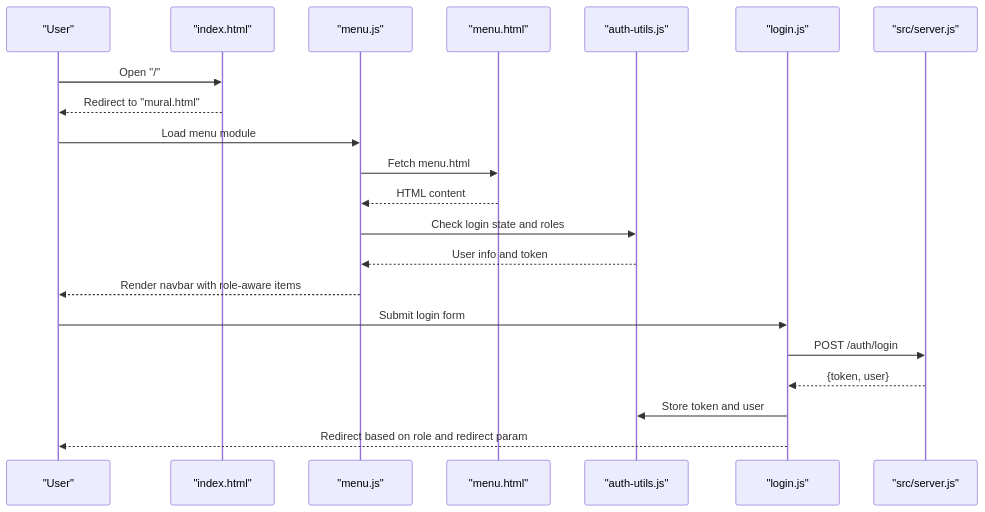
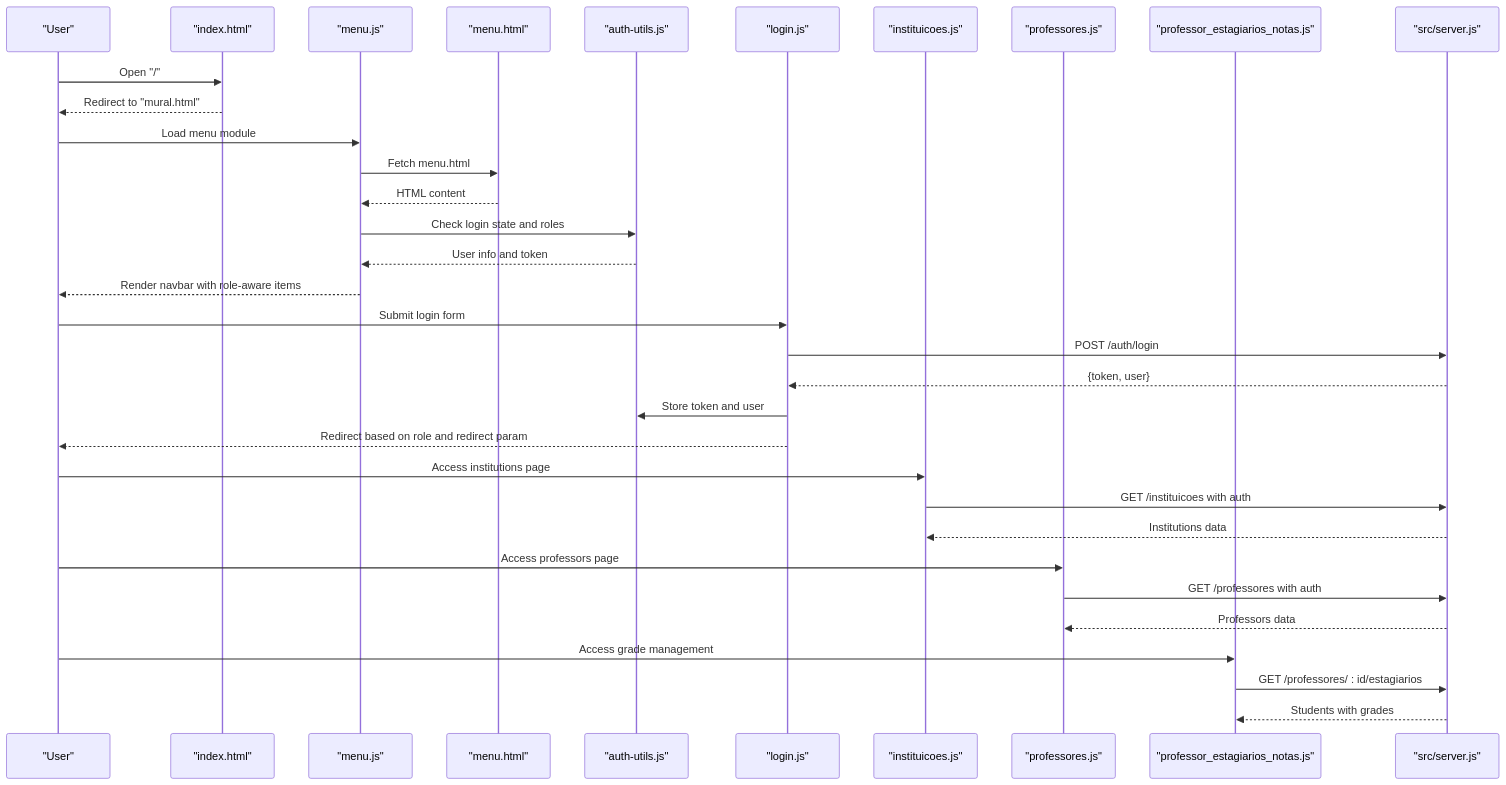
One commit to luiseduacosta/nodemural changed the second of 12 diagrams in .qoder/repowiki/en/content/Frontend Architecture/Frontend Architecture.md. Above: the diagram before and after it, drawn with Mermaid. The commit also changed other lines of this file and 27 other files, not shown here.

````diff
--- a/.qoder/repowiki/en/content/Frontend Architecture/Frontend Architecture.md
+++ b/.qoder/repowiki/en/content/Frontend Architecture/Frontend Architecture.md
@@ -135,23 +230,35 @@
 ```mermaid
 sequenceDiagram
 participant U as "User"
 participant IDX as "index.html"
 participant MJS as "menu.js"
 participant MENU as "menu.html"
 participant A as "auth-utils.js"
 participant L as "login.js"
+participant INST as "instituicoes.js"
+participant PROF as "professores.js"
+participant GRADES as "professor_estagiarios_notas.js"
 participant S as "src/server.js"
 U->>IDX : Open "/"
 IDX-->>U : Redirect to "mural.html"
 U->>MJS : Load menu module
 MJS->>MENU : Fetch menu.html
 MENU-->>MJS : HTML content
 MJS->>A : Check login state and roles
 A-->>MJS : User info and token
 MJS-->>U : Render navbar with role-aware items
 U->>L : Submit login form
 L->>S : POST /auth/login
 S-->>L : {token, user}
 L->>A : Store token and user
 L-->>U : Redirect based on role and redirect param
+U->>INST : Access institutions page
+INST->>S : GET /instituicoes with auth
+S-->>INST : Institutions data
+U->>PROF : Access professors page
+PROF->>S : GET /professores with auth
+S-->>PROF : Professors data
+U->>GRADES : Access grade management
+GRADES->>S : GET /professores/ : id/estagiarios
+S-->>GRADES : Students with grades
 ```
````
